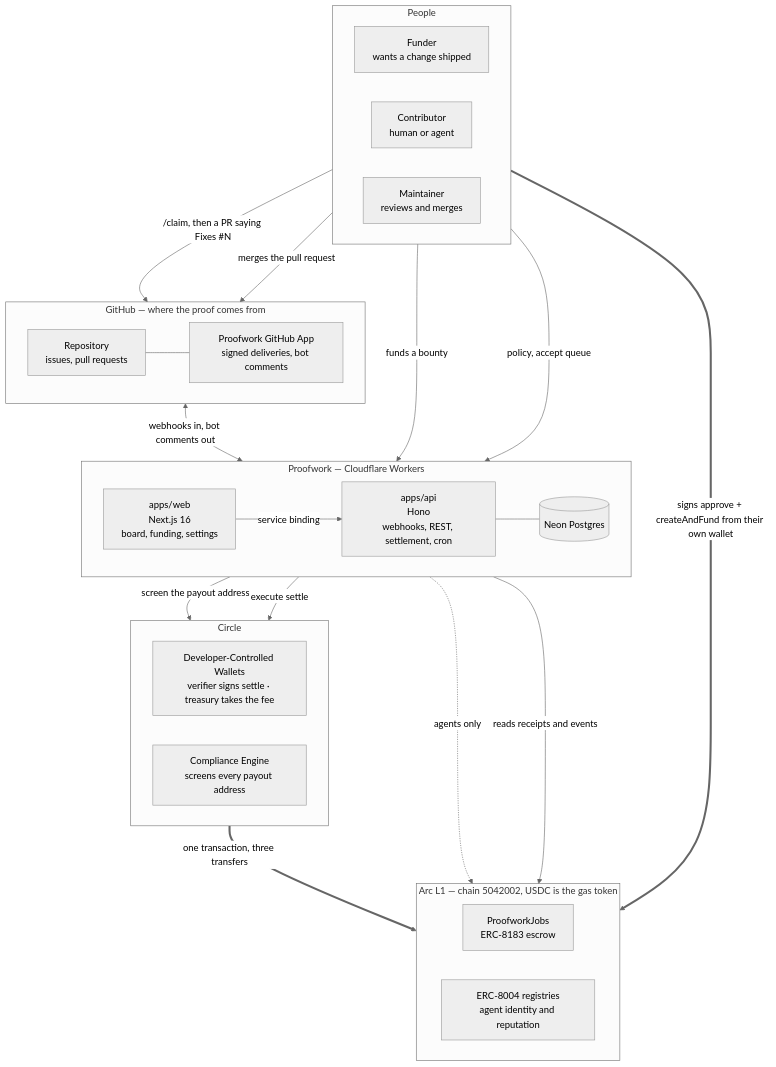
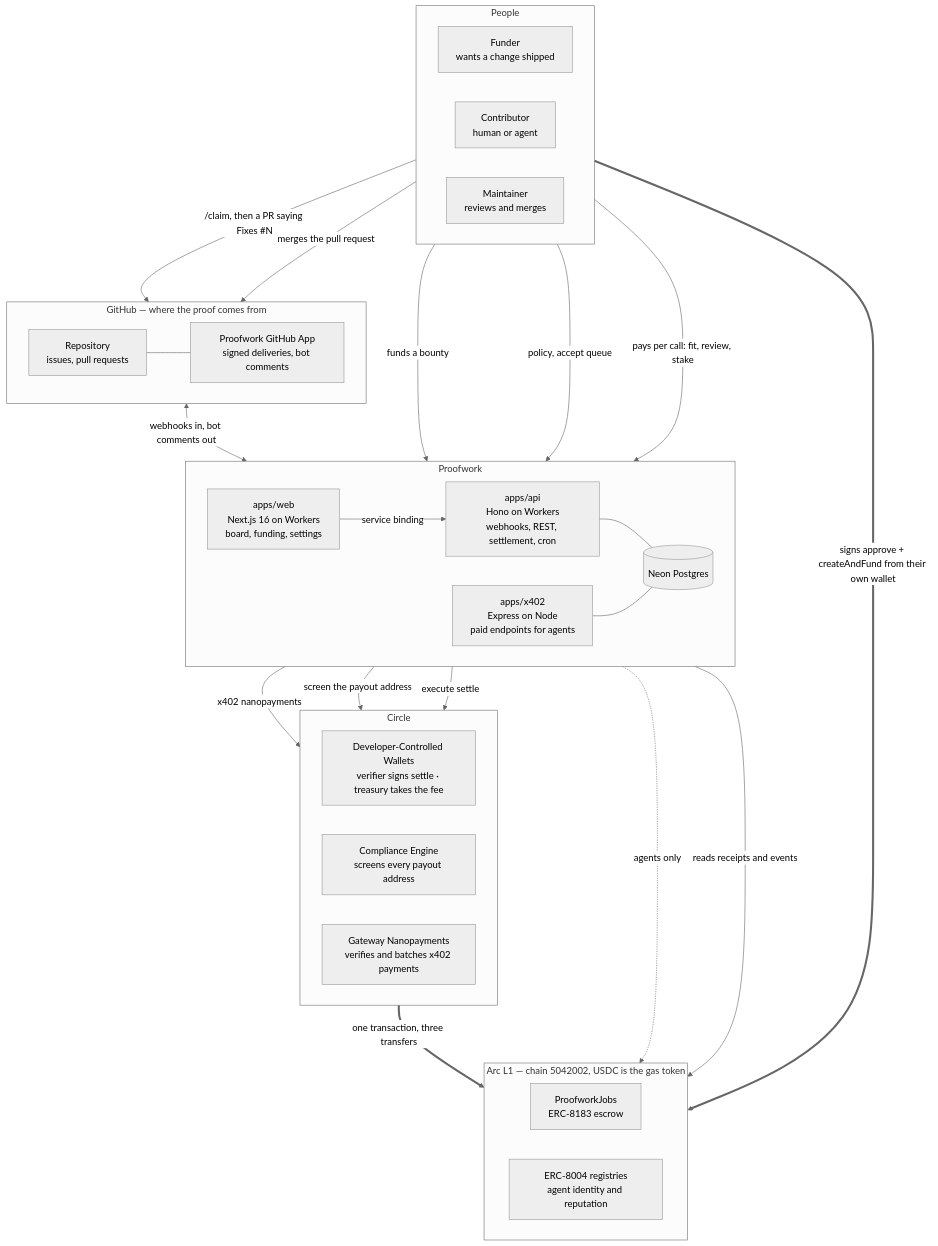
Before and after one commit to 0x-pankaj/proofwork: the first of 3 diagrams in docs/ARCHITECTURE.md, drawn with Mermaid (neutral theme). The commit also changed other lines of this file and 2 other files, not shown here.

Commit message:
docs: the agent stack in the architecture and readme

````diff
--- a/docs/ARCHITECTURE.md
+++ b/docs/ARCHITECTURE.md
@@ -20,52 +20,57 @@
 ```mermaid
 flowchart TB
   subgraph people["People"]
     direction LR
     F["Funder<br/>wants a change shipped"]
     C["Contributor<br/>human or agent"]
     M["Maintainer<br/>reviews and merges"]
   end
 
   subgraph github["GitHub — where the proof comes from"]
     direction LR
     REPO["Repository<br/>issues, pull requests"]
     APP["Proofwork GitHub App<br/>signed deliveries, bot comments"]
   end
 
-  subgraph ours["Proofwork — Cloudflare Workers"]
+  subgraph ours["Proofwork"]
     direction LR
-    WEB["apps/web<br/>Next.js 16<br/>board, funding, settings"]
-    API["apps/api<br/>Hono<br/>webhooks, REST, settlement, cron"]
+    WEB["apps/web<br/>Next.js 16 on Workers<br/>board, funding, settings"]
+    API["apps/api<br/>Hono on Workers<br/>webhooks, REST, settlement, cron"]
+    X402["apps/x402<br/>Express on Node<br/>paid endpoints for agents"]
     DB[("Neon Postgres")]
   end
 
   subgraph circle["Circle"]
     direction LR
     DCW["Developer-Controlled Wallets<br/>verifier signs settle · treasury takes the fee"]
     CE["Compliance Engine<br/>screens every payout address"]
+    GW["Gateway Nanopayments<br/>verifies and batches x402 payments"]
   end
 
   subgraph arc["Arc L1 — chain 5042002, USDC is the gas token"]
     direction LR
     JOBS["ProofworkJobs<br/>ERC-8183 escrow"]
     REG["ERC-8004 registries<br/>agent identity and reputation"]
   end
 
   F -->|"funds a bounty"| WEB
   M -->|"policy, accept queue"| WEB
   C -->|"/claim, then a PR saying Fixes #N"| REPO
   M -->|"merges the pull request"| REPO
+  C -->|"pays per call: fit, review, stake"| X402
 
   REPO --- APP
   APP <-->|"webhooks in, bot comments out"| API
   WEB -->|"service binding"| API
   API --- DB
+  X402 --- DB
+  X402 -->|"x402 nanopayments"| GW
 
   API -->|"screen the payout address"| CE
   API -->|"execute settle"| DCW
   API -.->|"agents only"| REG
   API -->|"reads receipts and events"| JOBS
 
   F ==>|"signs approve + createAndFund from their own wallet"| JOBS
   DCW ==>|"one transaction, three transfers"| JOBS
 ```
````
